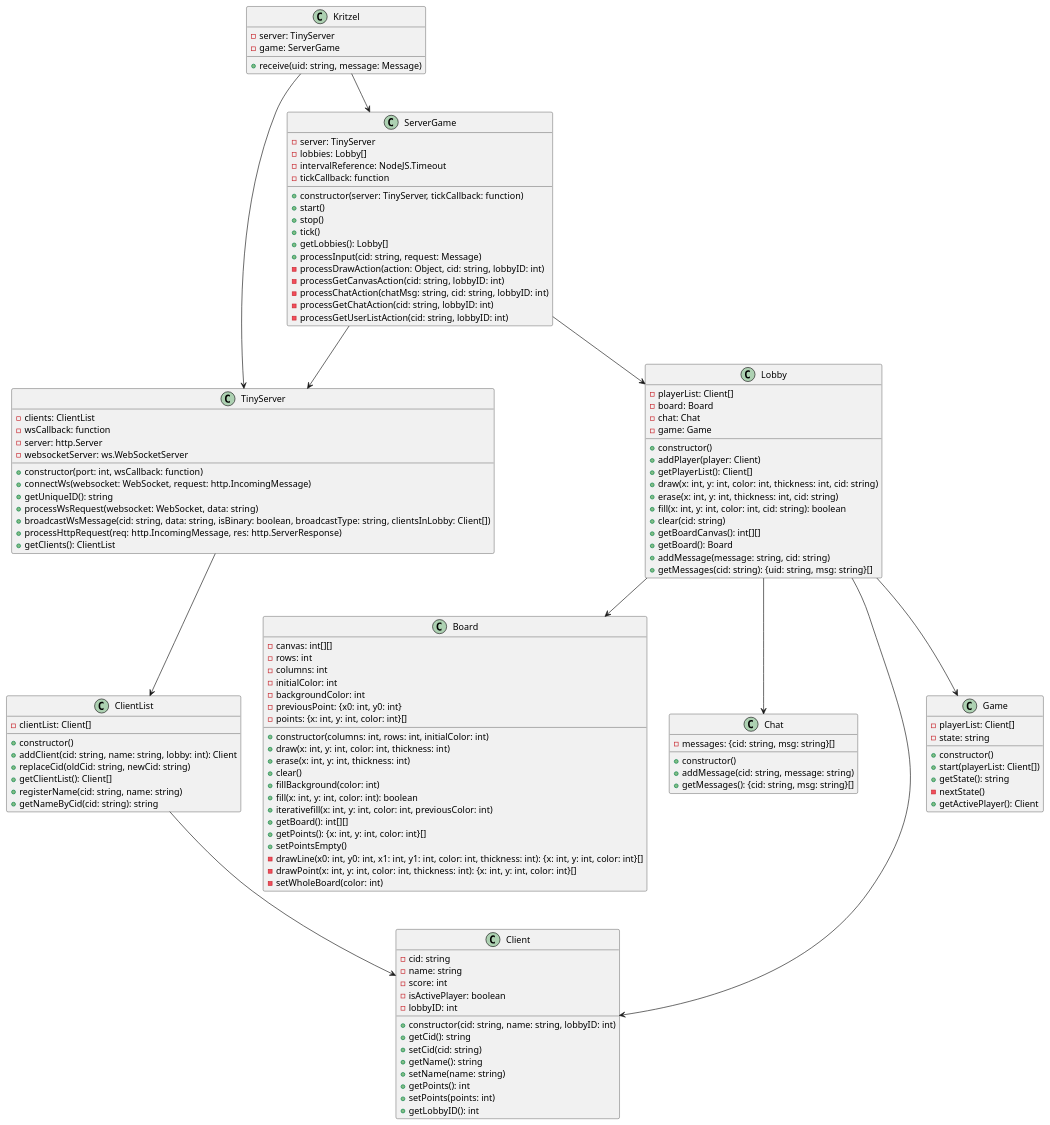
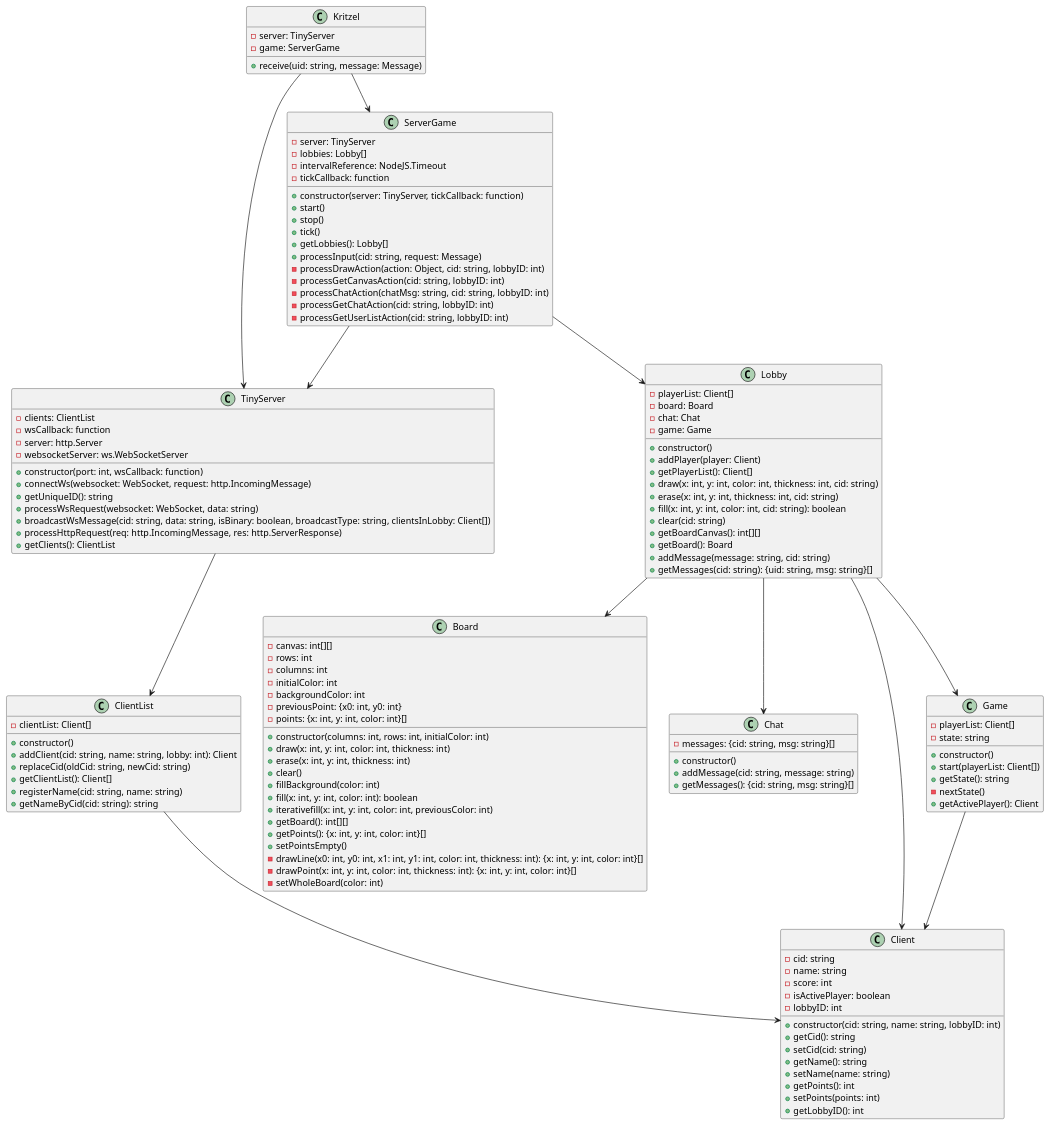
The diagram in docs/UML Diagramme/CDBackend.wsd (mhdbaselar/Kritzel), drawn with PlantUML before and after one commit.

Commit message:
Klassendiagramm Game --> Client

```diff
--- a/docs/UML Diagramme/CDBackend.wsd
+++ b/docs/UML Diagramme/CDBackend.wsd
@@ -1,135 +1,136 @@
 @startuml CDBackend
 class Kritzel {
     - server: TinyServer
     - game: ServerGame
     + receive(uid: string, message: Message)
 }
 
 class TinyServer {
     - clients: ClientList
     - wsCallback: function
     - server: http.Server
     - websocketServer: ws.WebSocketServer
     + constructor(port: int, wsCallback: function)
     + connectWs(websocket: WebSocket, request: http.IncomingMessage)
     + getUniqueID(): string
     + processWsRequest(websocket: WebSocket, data: string)
     + broadcastWsMessage(cid: string, data: string, isBinary: boolean, broadcastType: string, clientsInLobby: Client[])
     + processHttpRequest(req: http.IncomingMessage, res: http.ServerResponse)
     + getClients(): ClientList
 }
 
 class ServerGame {
     - server: TinyServer
     - lobbies: Lobby[]
     - intervalReference: NodeJS.Timeout
     - tickCallback: function
     + constructor(server: TinyServer, tickCallback: function)
     + start()
     + stop()
     + tick()
     + getLobbies(): Lobby[]
     + processInput(cid: string, request: Message)
     - processDrawAction(action: Object, cid: string, lobbyID: int)
     - processGetCanvasAction(cid: string, lobbyID: int)
     - processChatAction(chatMsg: string, cid: string, lobbyID: int)
     - processGetChatAction(cid: string, lobbyID: int)
     - processGetUserListAction(cid: string, lobbyID: int)
 }
 
 class Lobby {
     - playerList: Client[]
     - board: Board
     - chat: Chat
     - game: Game
     + constructor()
     + addPlayer(player: Client)
     + getPlayerList(): Client[]
     + draw(x: int, y: int, color: int, thickness: int, cid: string)
     + erase(x: int, y: int, thickness: int, cid: string)
     + fill(x: int, y: int, color: int, cid: string): boolean
     + clear(cid: string)
     + getBoardCanvas(): int[][]
     + getBoard(): Board
     + addMessage(message: string, cid: string)
     + getMessages(cid: string): {uid: string, msg: string}[]
 }
 
 class Board {
     - canvas: int[][]
     - rows: int
     - columns: int
     - initialColor: int
     - backgroundColor: int
     - previousPoint: {x0: int, y0: int}
     - points: {x: int, y: int, color: int}[]
     + constructor(columns: int, rows: int, initialColor: int)
     + draw(x: int, y: int, color: int, thickness: int)
     + erase(x: int, y: int, thickness: int)
     + clear()
     + fillBackground(color: int)
     + fill(x: int, y: int, color: int): boolean
     + iterativefill(x: int, y: int, color: int, previousColor: int)
     + getBoard(): int[][]
     + getPoints(): {x: int, y: int, color: int}[]
     + setPointsEmpty()
     - drawLine(x0: int, y0: int, x1: int, y1: int, color: int, thickness: int): {x: int, y: int, color: int}[]
     - drawPoint(x: int, y: int, color: int, thickness: int): {x: int, y: int, color: int}[]
     - setWholeBoard(color: int)
 }
 
 class Chat {
     - messages: {cid: string, msg: string}[]
     + constructor()
     + addMessage(cid: string, message: string)
     + getMessages(): {cid: string, msg: string}[]
 }
 
 class ClientList {
     - clientList: Client[]
     + constructor()
     + addClient(cid: string, name: string, lobby: int): Client
     + replaceCid(oldCid: string, newCid: string)
     + getClientList(): Client[]
     + registerName(cid: string, name: string)
     + getNameByCid(cid: string): string
 }
 
 class Client {
     - cid: string
     - name: string
     - score: int
     - isActivePlayer: boolean
     - lobbyID: int
     + constructor(cid: string, name: string, lobbyID: int)
     + getCid(): string
     + setCid(cid: string)
     + getName(): string
     + setName(name: string)
     + getPoints(): int
     + setPoints(points: int)
     + getLobbyID(): int
 }
 
 class Game {
     - playerList: Client[]
     - state: string
     + constructor()
     + start(playerList: Client[])
     + getState(): string
     - nextState()
     + getActivePlayer(): Client
 }
 
 Kritzel --> TinyServer
 Kritzel --> ServerGame
 TinyServer --> ClientList
 ServerGame --> TinyServer
 ServerGame --> Lobby
 Lobby --> Board
 Lobby --> Chat
 Lobby --> Game
 Lobby --> Client
 ClientList --> Client
+Game --> Client
 
 @enduml
```
